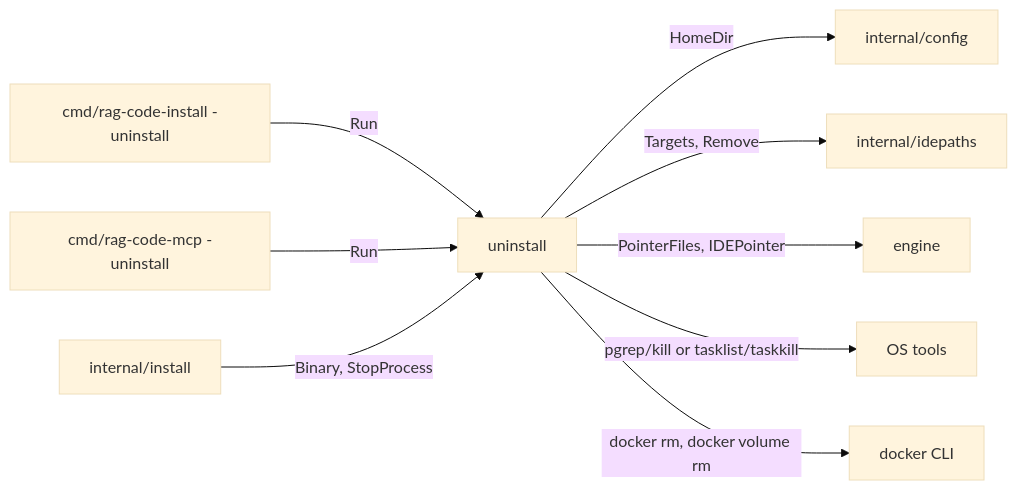
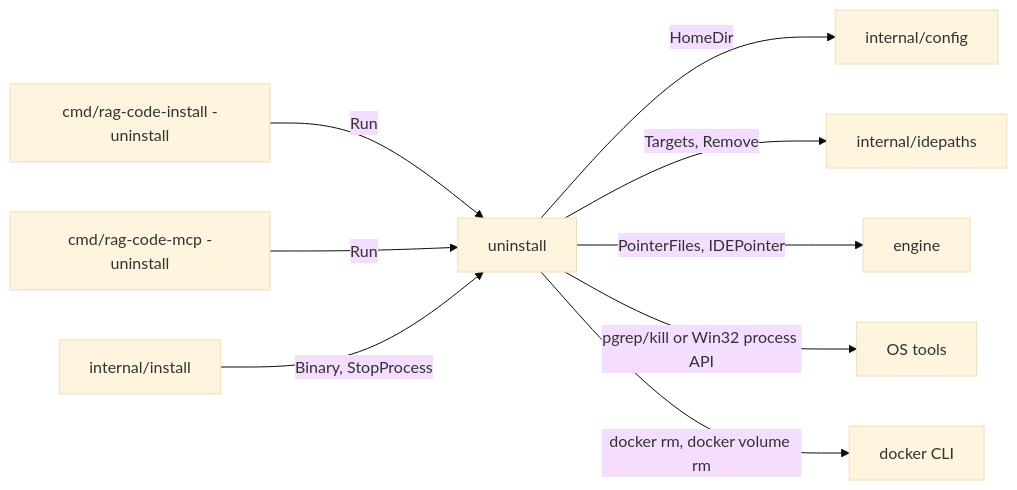
The first of 2 diagrams in internal/uninstall/README.md (doITmagic/rag-code-mcp), drawn with Mermaid (base theme) before and after one commit. The commit also changed other lines of this file and 5 other files, not shown here.

````diff
--- a/internal/uninstall/README.md
+++ b/internal/uninstall/README.md
@@ -20,11 +20,11 @@
 ```mermaid
 graph LR
     I[cmd/rag-code-install -uninstall] -->|Run| UN[uninstall]
     S[cmd/rag-code-mcp -uninstall] -->|Run| UN
     IN[internal/install] -->|Binary, StopProcess| UN
     UN -->|HomeDir| CFG[internal/config]
     UN -->|Targets, Remove| IDE[internal/idepaths]
     UN -->|PointerFiles, IDEPointer| ENG[engine]
-    UN -->|pgrep/kill or tasklist/taskkill| OS[OS tools]
+    UN -->|pgrep/kill or Win32 process API| OS[OS tools]
     UN -->|docker rm, docker volume rm| DOCKER[docker CLI]
 ```
````
